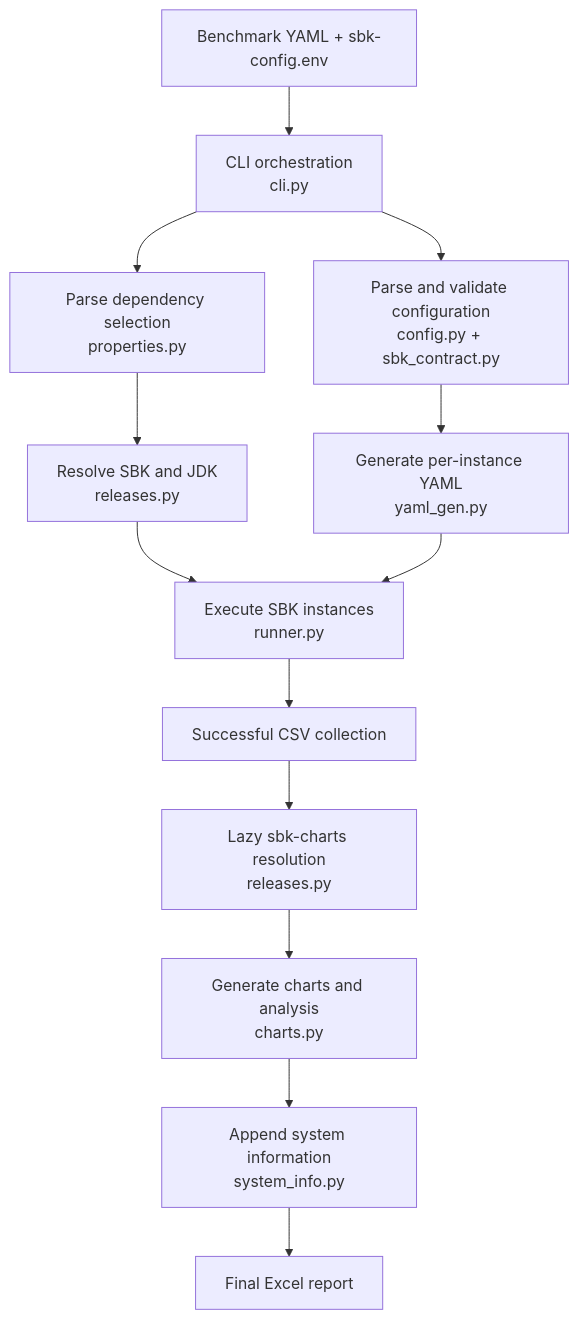
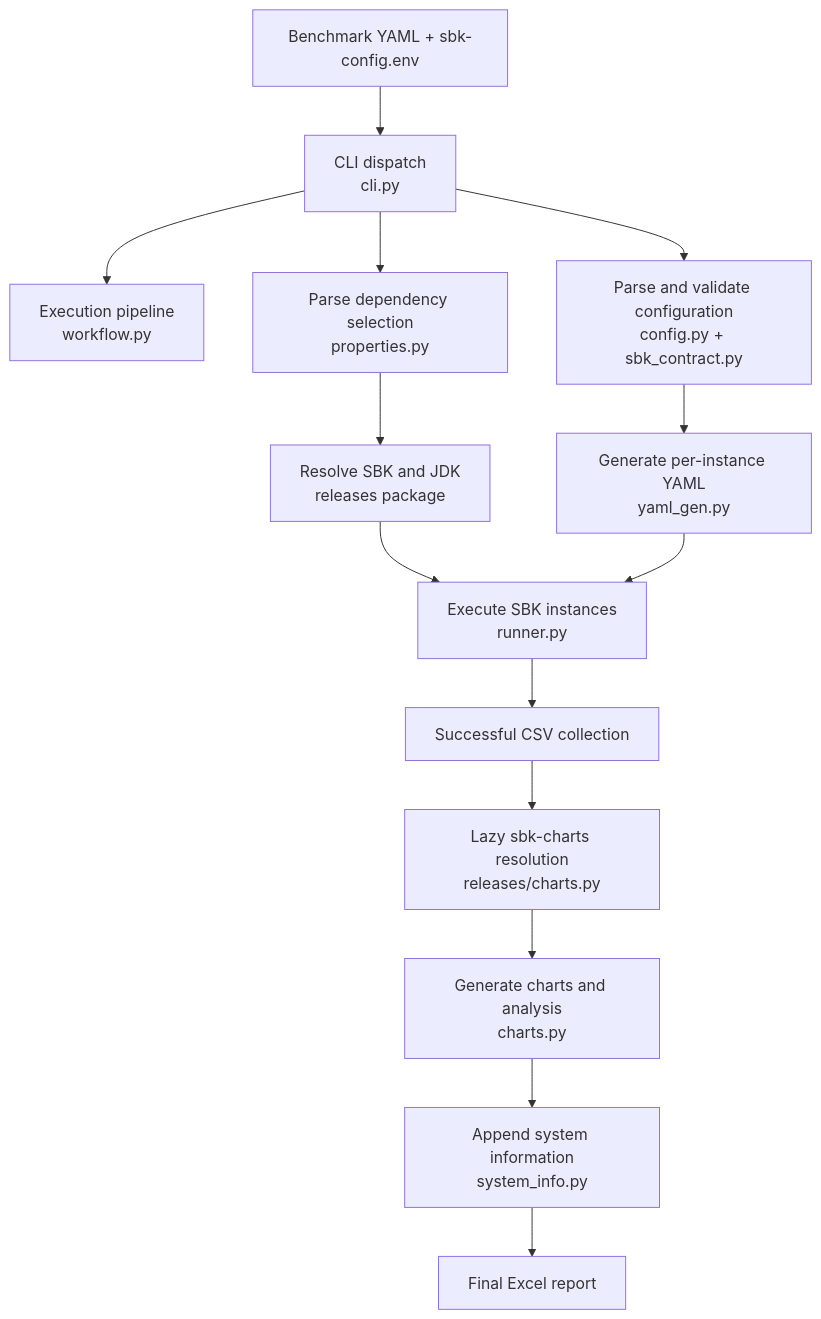
Before and after one commit to kmgowda/sbk-analytics: the diagram in analytics/AGENTS.md, drawn with Mermaid. The commit also changed other lines of this file and 16 other files, not shown here.

````diff
--- a/analytics/AGENTS.md
+++ b/analytics/AGENTS.md
@@ -478,15 +483,16 @@
 ```mermaid
 flowchart TB
-    Input["Benchmark YAML + sbk-config.env"] --> CLI["CLI orchestration<br/>cli.py"]
+    Input["Benchmark YAML + sbk-config.env"] --> CLI["CLI dispatch<br/>cli.py"]
+    CLI --> Workflow["Execution pipeline<br/>workflow.py"]
     CLI --> Config["Parse and validate configuration<br/>config.py + sbk_contract.py"]
     CLI --> Properties["Parse dependency selection<br/>properties.py"]
-    Properties --> Resolver["Resolve SBK and JDK<br/>releases.py"]
+    Properties --> Resolver["Resolve SBK and JDK<br/>releases package"]
     Config --> Generator["Generate per-instance YAML<br/>yaml_gen.py"]
     Resolver --> Runner["Execute SBK instances<br/>runner.py"]
     Generator --> Runner
     Runner --> CSV["Successful CSV collection"]
-    CSV --> ChartsResolver["Lazy sbk-charts resolution<br/>releases.py"]
+    CSV --> ChartsResolver["Lazy sbk-charts resolution<br/>releases/charts.py"]
     ChartsResolver --> Charts["Generate charts and analysis<br/>charts.py"]
     Charts --> System["Append system information<br/>system_info.py"]
     System --> Output["Final Excel report"]
 ```
````
